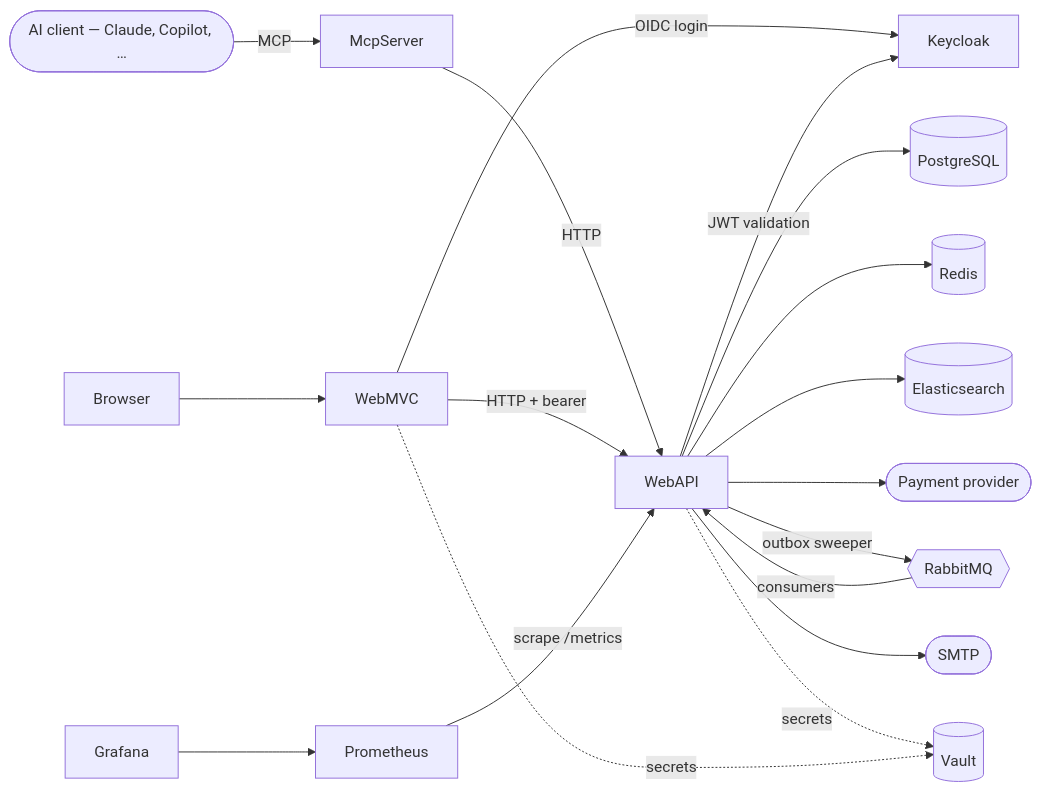
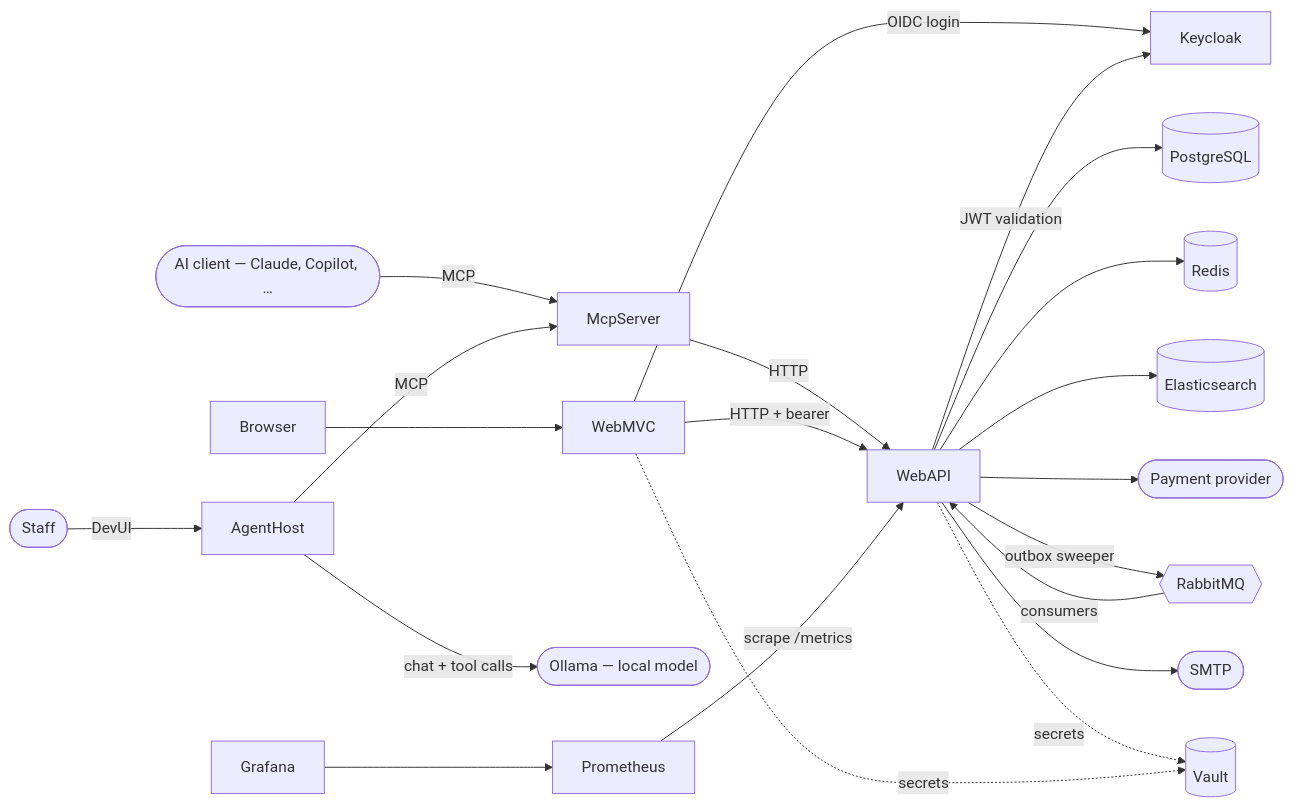
The first of 2 diagrams in README.md (furkanpasaoglu/StadiaPass), drawn with Mermaid before and after one commit. The commit also changed other lines of this file and 1 other file, not shown here.

First line of the commit message:
docs: cover the analyst agent and its evals in the readme's AI section

````diff
--- a/README.md
+++ b/README.md
@@ -111,20 +116,23 @@
 ```mermaid
 flowchart LR
   Browser --> WebMVC
   AI([AI client — Claude, Copilot, …]) -->|MCP| McpServer
+  Staff([Staff]) -->|DevUI| AgentHost
+  AgentHost -->|MCP| McpServer
+  AgentHost -->|chat + tool calls| Ollama([Ollama — local model])
   McpServer -->|HTTP| WebAPI
   WebMVC -->|HTTP + bearer| WebAPI
   WebMVC -->|OIDC login| Keycloak
   WebAPI -->|JWT validation| Keycloak
   WebAPI --> Postgres[(PostgreSQL)]
   WebAPI --> Redis[(Redis)]
   WebAPI --> Elastic[(Elasticsearch)]
   WebAPI --> Stripe([Payment provider])
   WebAPI -->|outbox sweeper| Rabbit{{RabbitMQ}}
   Rabbit -->|consumers| WebAPI
   WebAPI --> SMTP([SMTP])
   WebAPI -.secrets.-> Vault[(Vault)]
   WebMVC -.secrets.-> Vault
   Prometheus -->|scrape /metrics| WebAPI
   Grafana --> Prometheus
 ```
````
